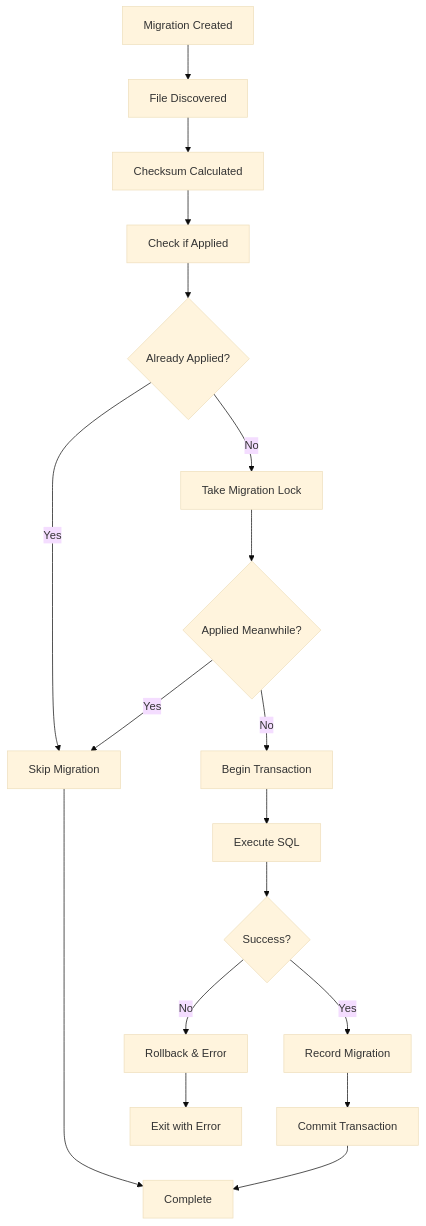
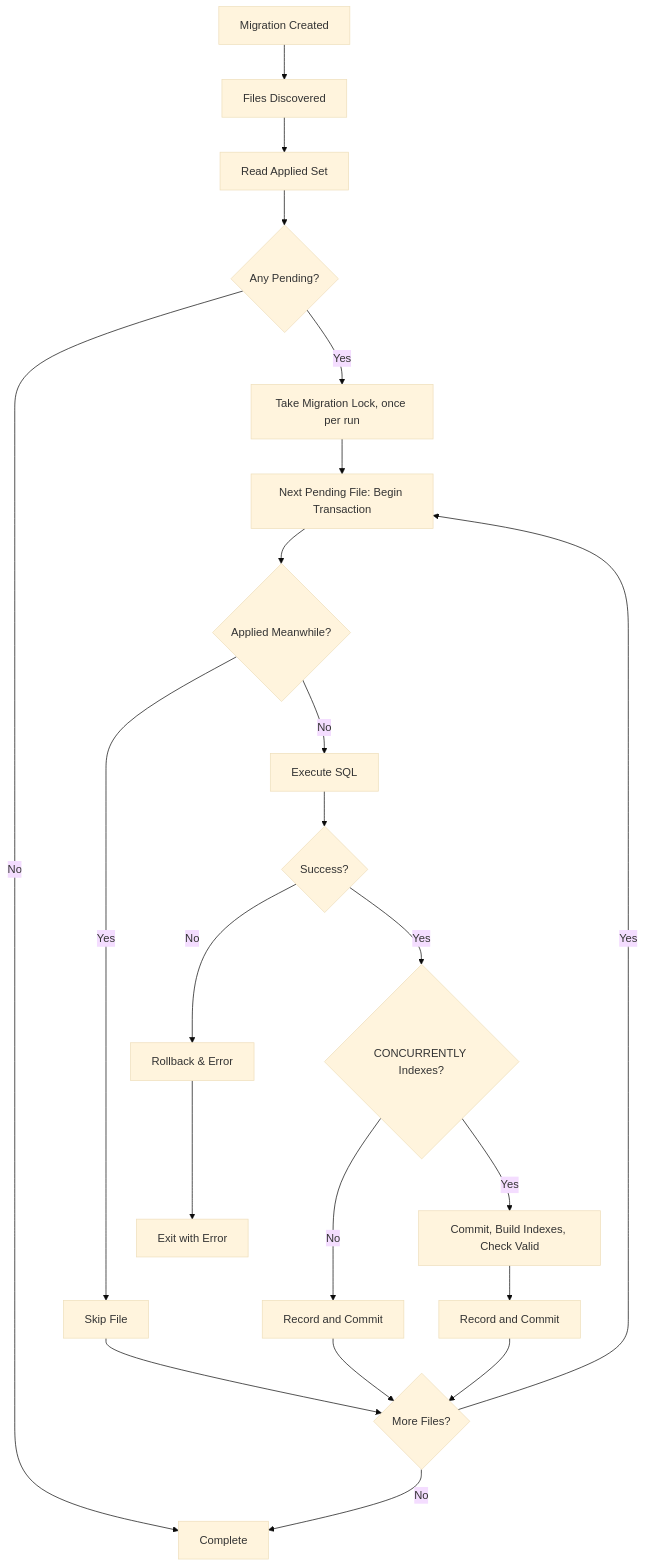
The diagram in doc/developers/architecture.md (hherb/bmlibrarian), drawn with Mermaid (base theme) before and after one commit. The commit also changed other lines of this file and 6 other files, not shown here.

````diff
--- a/doc/developers/architecture.md
+++ b/doc/developers/architecture.md
@@ -118,20 +119,24 @@
 ```mermaid
 graph TD
-    A[Migration Created] --> B[File Discovered]
-    B --> C[Checksum Calculated]
-    C --> D[Check if Applied]
-    D --> E{Already Applied?}
-    E -->|Yes| F[Skip Migration]
-    E -->|No| P[Take Migration Lock]
-    P --> Q{Applied Meanwhile?}
-    Q -->|Yes| F
-    Q -->|No| G[Begin Transaction]
-    G --> H[Execute SQL]
+    A[Migration Created] --> B[Files Discovered]
+    B --> D[Read Applied Set]
+    D --> E{Any Pending?}
+    E -->|No| M[Complete]
+    E -->|Yes| P[Take Migration Lock, once per run]
+    P --> G[Next Pending File: Begin Transaction]
+    G --> Q{Applied Meanwhile?}
+    Q -->|Yes| F[Skip File]
+    Q -->|No| H[Execute SQL]
     H --> I{Success?}
-    I -->|Yes| J[Record Migration]
     I -->|No| K[Rollback & Error]
-    J --> L[Commit Transaction]
-    F --> M[Complete]
-    L --> M
+    I -->|Yes| C{CONCURRENTLY Indexes?}
+    C -->|No| J[Record and Commit]
+    C -->|Yes| R[Commit, Build Indexes, Check Valid]
+    R --> S[Record and Commit]
+    F --> T{More Files?}
+    J --> T
+    S --> T
+    T -->|Yes| G
+    T -->|No| M
     K --> N[Exit with Error]
 ```
````
